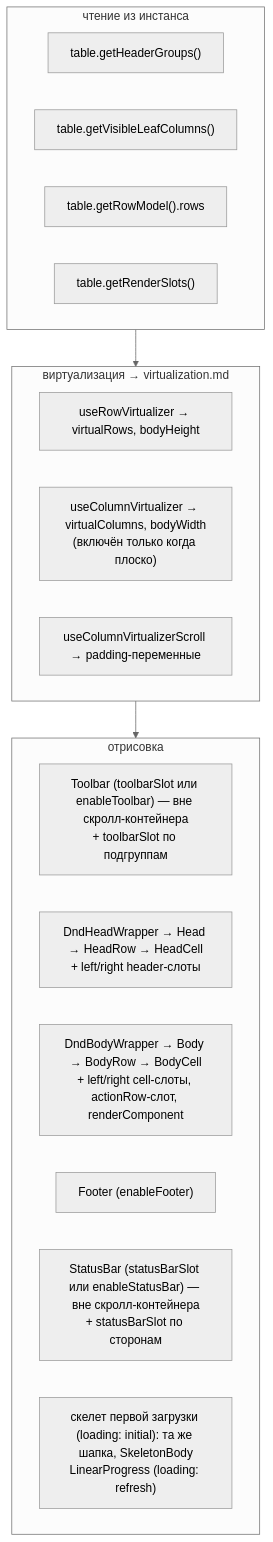
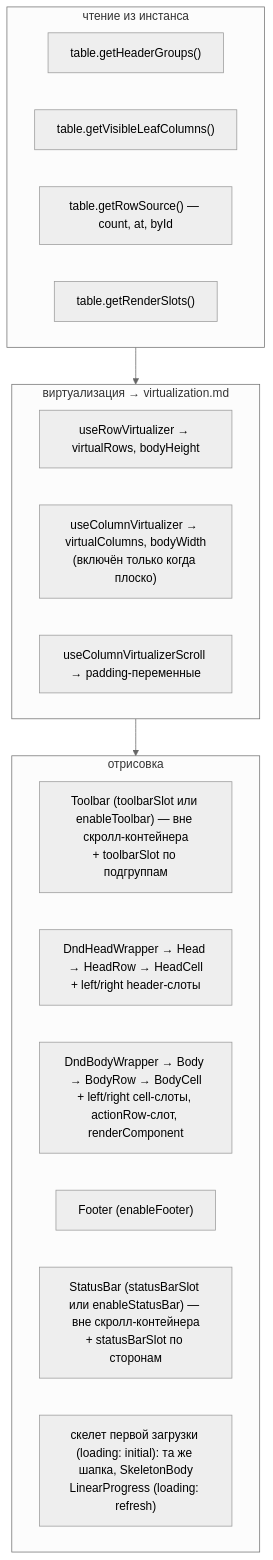
Before and after one commit to tessera-grid/tessera: the third of 3 diagrams in docs/architecture/rendering.md, drawn with Mermaid (neutral theme). The commit also changed other lines of this file and 1 other file, not shown here.

Commit message:
docs: serverRowModel, dataType и все плагины с моделями в README, строки серверной модели в rendering.md

````diff
--- a/docs/architecture/rendering.md
+++ b/docs/architecture/rendering.md
@@ -88,26 +88,26 @@
 ```mermaid
 flowchart TB
     subgraph read["чтение из инстанса"]
         HGS["table.getHeaderGroups()"]
         LC["table.getVisibleLeafColumns()"]
-        RM["table.getRowModel().rows"]
+        RM["table.getRowSource() — count, at, byId"]
         SLOTS["table.getRenderSlots()"]
     end
 
     subgraph virt["виртуализация → virtualization.md"]
         RV["useRowVirtualizer → virtualRows, bodyHeight"]
         CV["useColumnVirtualizer → virtualColumns, bodyWidth<br/>(включён только когда плоско)"]
         PAD["useColumnVirtualizerScroll → padding-переменные"]
     end
 
     subgraph paint["отрисовка"]
         TB["Toolbar (toolbarSlot или enableToolbar) — вне скролл-контейнера<br/>+ toolbarSlot по подгруппам"]
         HEAD["DndHeadWrapper → Head → HeadRow → HeadCell<br/>+ left/right header-слоты"]
         BODY["DndBodyWrapper → Body → BodyRow → BodyCell<br/>+ left/right cell-слоты, actionRow-слот, renderComponent"]
         FOOT["Footer (enableFooter)"]
         SB["StatusBar (statusBarSlot или enableStatusBar) — вне скролл-контейнера<br/>+ statusBarSlot по сторонам"]
         SK["скелет первой загрузки (loading: initial): та же шапка, SkeletonBody<br/>LinearProgress (loading: refresh)"]
     end
 
     read --> virt --> paint
 ```
````
